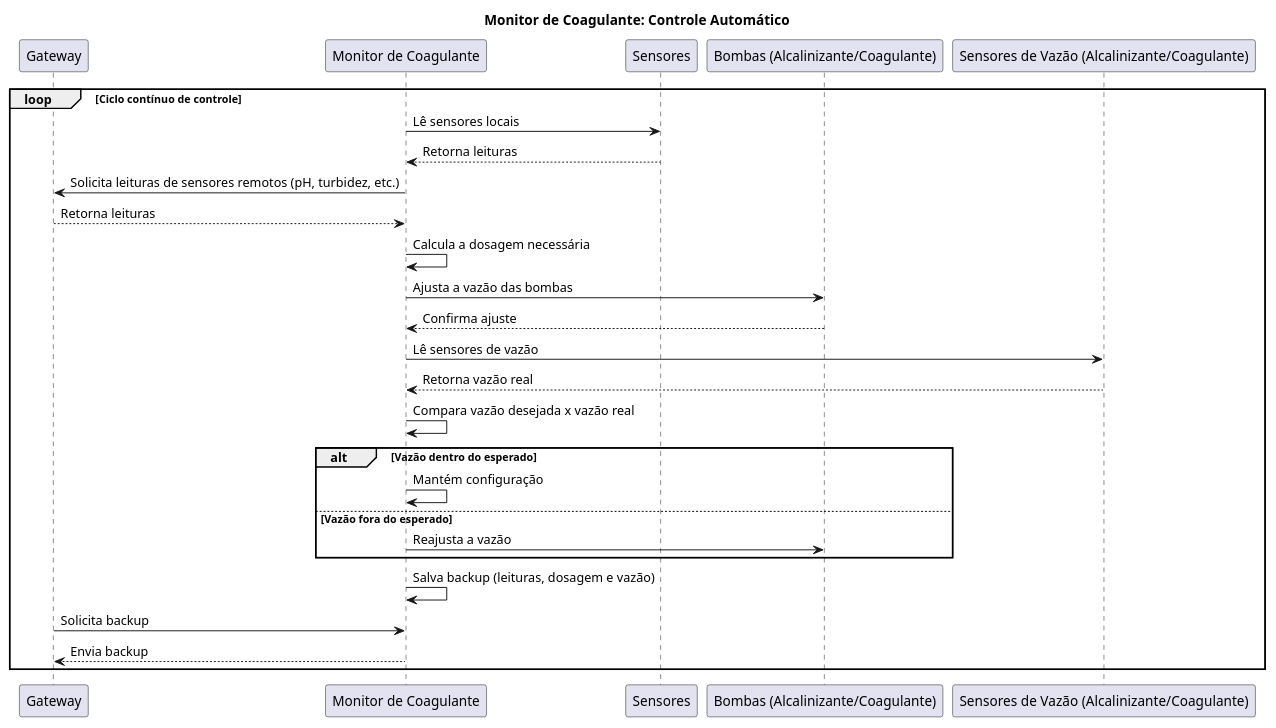
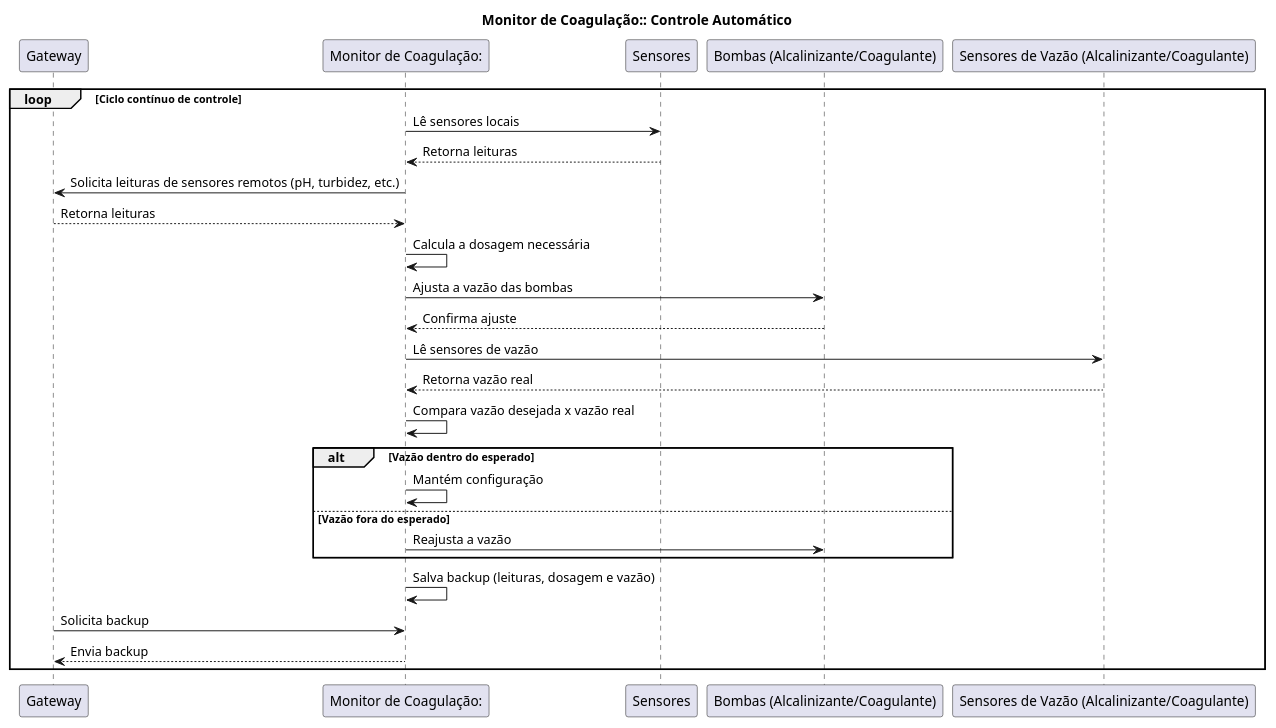
One commit to Monique-HidroSolo/plantuml changed the diagram in Documentação Monitor/Controle Automático.puml. Above: the diagram before and after it, drawn with PlantUML. The commit also changed 13 other files, not shown here.

```diff
--- a/Documentação Monitor/Controle Automático.puml
+++ b/Documentação Monitor/Controle Automático.puml
@@ -1,39 +1,39 @@
 @startuml
-title Monitor de Coagulante: Controle Automático
+title Monitor de Coagulação:: Controle Automático
 
 participant Gateway as GW
-participant "Monitor de Coagulante" as MC
+participant "Monitor de Coagulação:" as MC
 participant Sensores as S
 participant "Bombas (Alcalinizante/Coagulante)" as B
 participant "Sensores de Vazão (Alcalinizante/Coagulante)" as V
 
 loop Ciclo contínuo de controle
     MC -> S: Lê sensores locais
     S --> MC: Retorna leituras
 
     MC -> GW: Solicita leituras de sensores remotos (pH, turbidez, etc.)
     GW --> MC: Retorna leituras
 
     MC -> MC: Calcula a dosagem necessária
 
     MC -> B: Ajusta a vazão das bombas
     B --> MC: Confirma ajuste
 
     MC -> V: Lê sensores de vazão
     V --> MC: Retorna vazão real
 
     MC -> MC: Compara vazão desejada x vazão real
 
     alt Vazão dentro do esperado
         MC -> MC: Mantém configuração
     else Vazão fora do esperado
         MC -> B: Reajusta a vazão
     end
 
     MC -> MC: Salva backup (leituras, dosagem e vazão)
 
     GW -> MC: Solicita backup
     MC --> GW: Envia backup
 end
 
 @enduml
```
